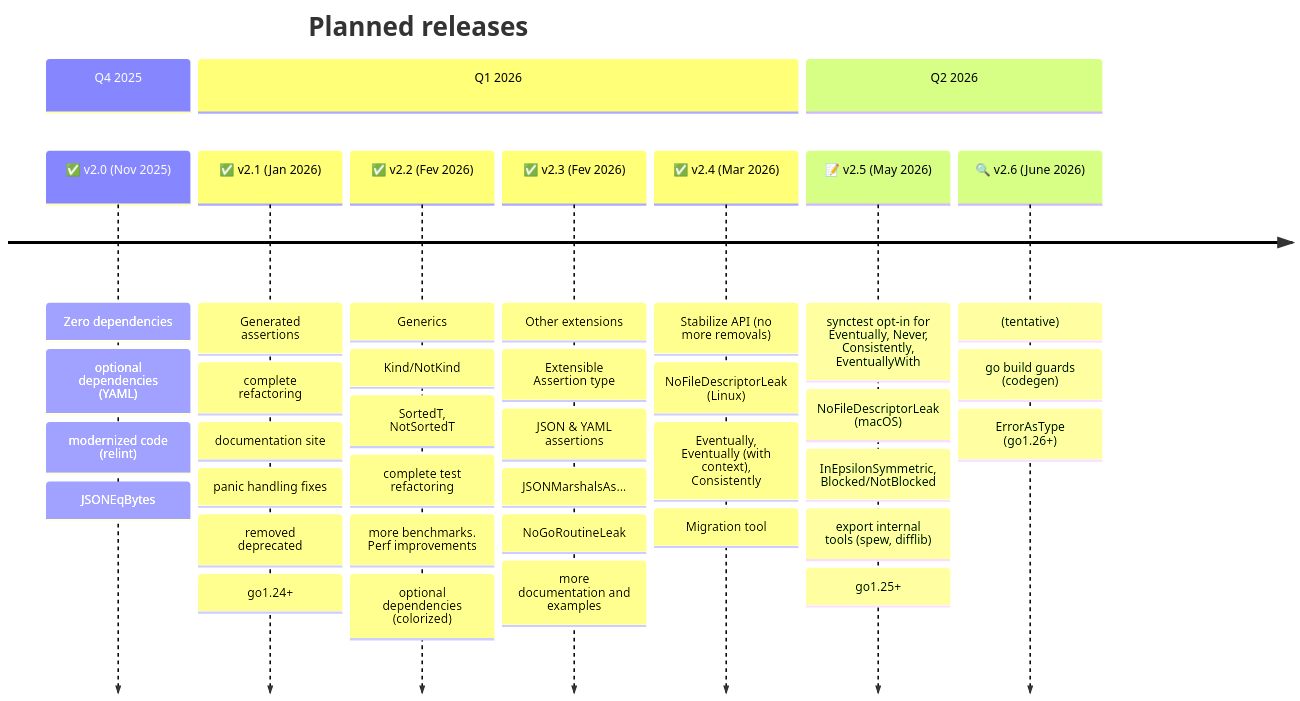
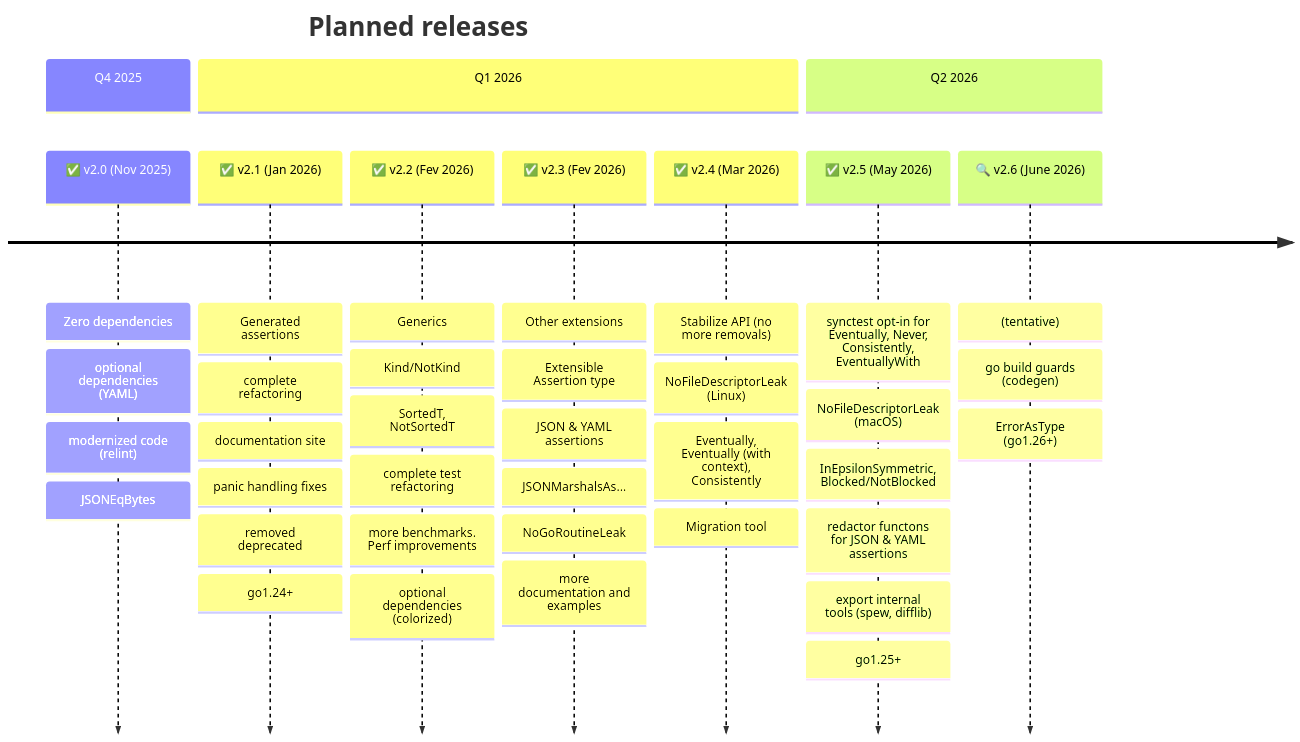
Before and after one commit to go-openapi/testify: the diagram in docs/doc-site/project/maintainers/ROADMAP.md, drawn with Mermaid. The commit also changed 2 other files, not shown here.

Commit message:
doc: updated tracking and roadmap to v2.5.0 (#112)

```diff
--- a/docs/doc-site/project/maintainers/ROADMAP.md
+++ b/docs/doc-site/project/maintainers/ROADMAP.md
@@ -9,40 +9,41 @@
 {{< mermaid align="center" zoom="true" >}}
 timeline
     title Planned releases
     section Q4 2025
     ✅ v2.0 (Nov 2025) : Zero dependencies
                     : optional dependencies (YAML)
                     : modernized code (relint)
                     : JSONEqBytes
     section Q1 2026
     ✅ v2.1 (Jan 2026) : Generated assertions
                     : complete refactoring
                     : documentation site
                     : panic handling fixes
                     : removed deprecated
                     : go1.24+
     ✅ v2.2 (Fev 2026) : Generics
                     : Kind/NotKind
                     : SortedT, NotSortedT
                     : complete test refactoring
                     : more benchmarks. Perf improvements
                     : optional dependencies (colorized)
     ✅ v2.3 (Fev 2026) : Other extensions
                     : Extensible Assertion type
                     : JSON & YAML assertions: JSONMarshalsAs...
                     : NoGoRoutineLeak
                     : more documentation and examples
     ✅ v2.4 (Mar 2026) : Stabilize API (no more removals)
                     : NoFileDescriptorLeak (Linux)
                     : Eventually, Eventually (with context), Consistently
                     : Migration tool
     section Q2 2026
-    📝 v2.5 (May 2026) : synctest opt-in for Eventually, Never, Consistently, EventuallyWith
+    ✅ v2.5 (May 2026) : synctest opt-in for Eventually, Never, Consistently, EventuallyWith
                     : NoFileDescriptorLeak (macOS)
-                    : InEpsilonSymmetric, Blocked/NotBlocked  
+                    : InEpsilonSymmetric, Blocked/NotBlocked
+                    : redactor functons for JSON & YAML assertions
                     : export internal tools (spew, difflib)
                     : go1.25+
     🔍 v2.6 (June 2026) : (tentative)
                     : go build guards (codegen)
                     : ErrorAsType (go1.26+)
 {{< /mermaid >}}
```
